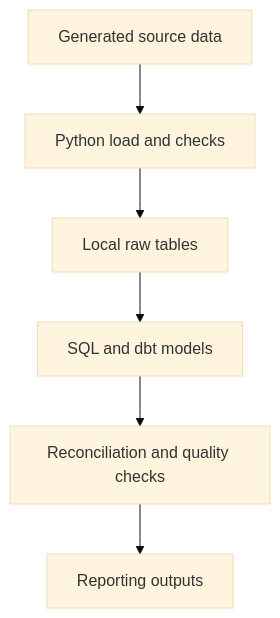
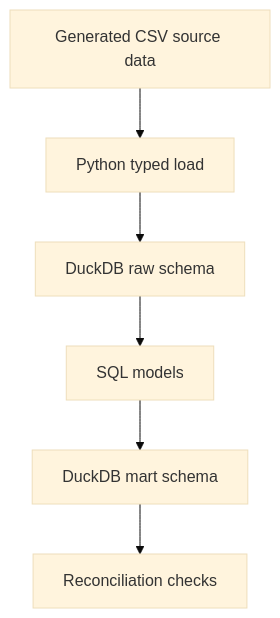
The diagram in docs/architecture.md (Wasim-Jussab/finance-analytics-engineering-portfolio), drawn with Mermaid (base theme) before and after one commit. The commit also changed other lines of this file, not shown here.

Commit message:
Update architecture for DuckDB boundary

```diff
--- a/docs/architecture.md
+++ b/docs/architecture.md
@@ -10,8 +9,8 @@
 ~~~mermaid
 flowchart TD
-    A["Generated source data"] --> B["Python load and checks"]
-    B --> C["Local raw tables"]
-    C --> D["SQL and dbt models"]
-    D --> E["Reconciliation and quality checks"]
-    E --> F["Reporting outputs"]
+    A["Generated CSV source data"] --> B["Python typed load"]
+    B --> C["DuckDB raw schema"]
+    C --> D["SQL models"]
+    D --> E["DuckDB mart schema"]
+    E --> F["Reconciliation checks"]
 ~~~
```
